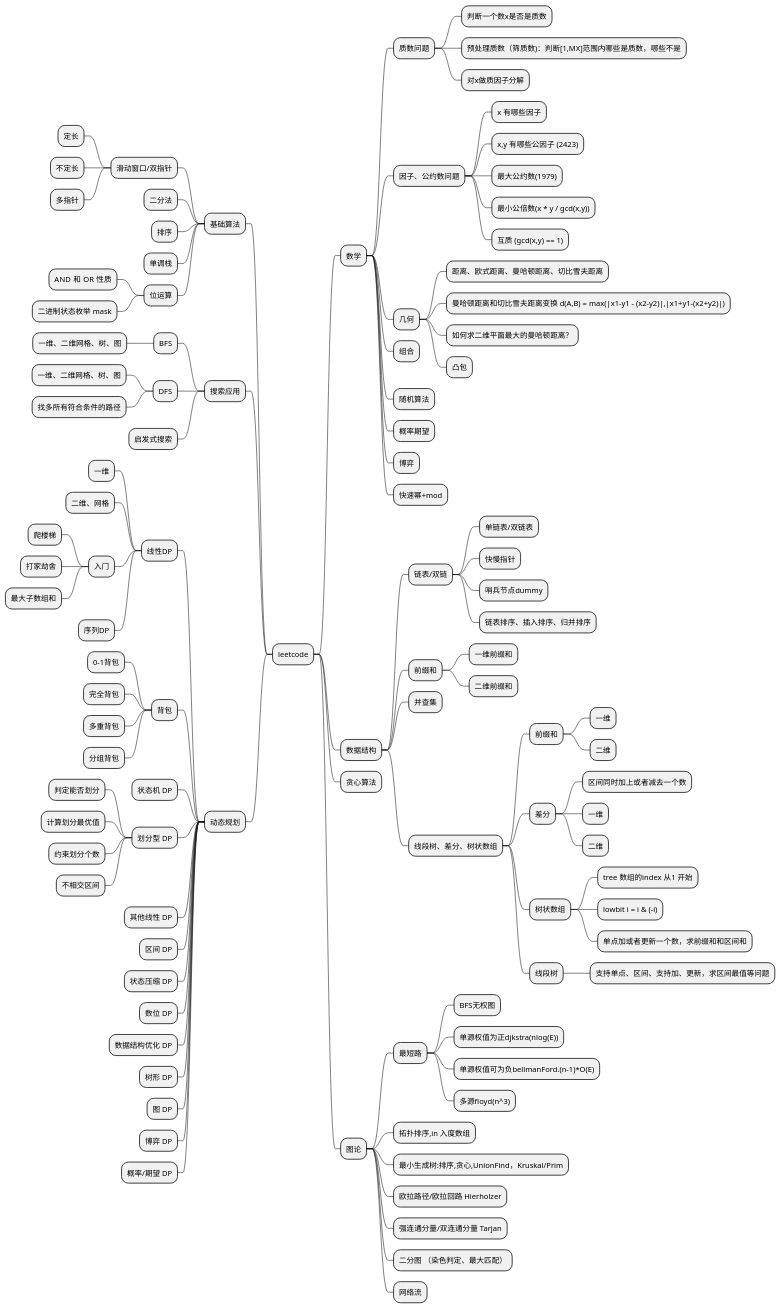
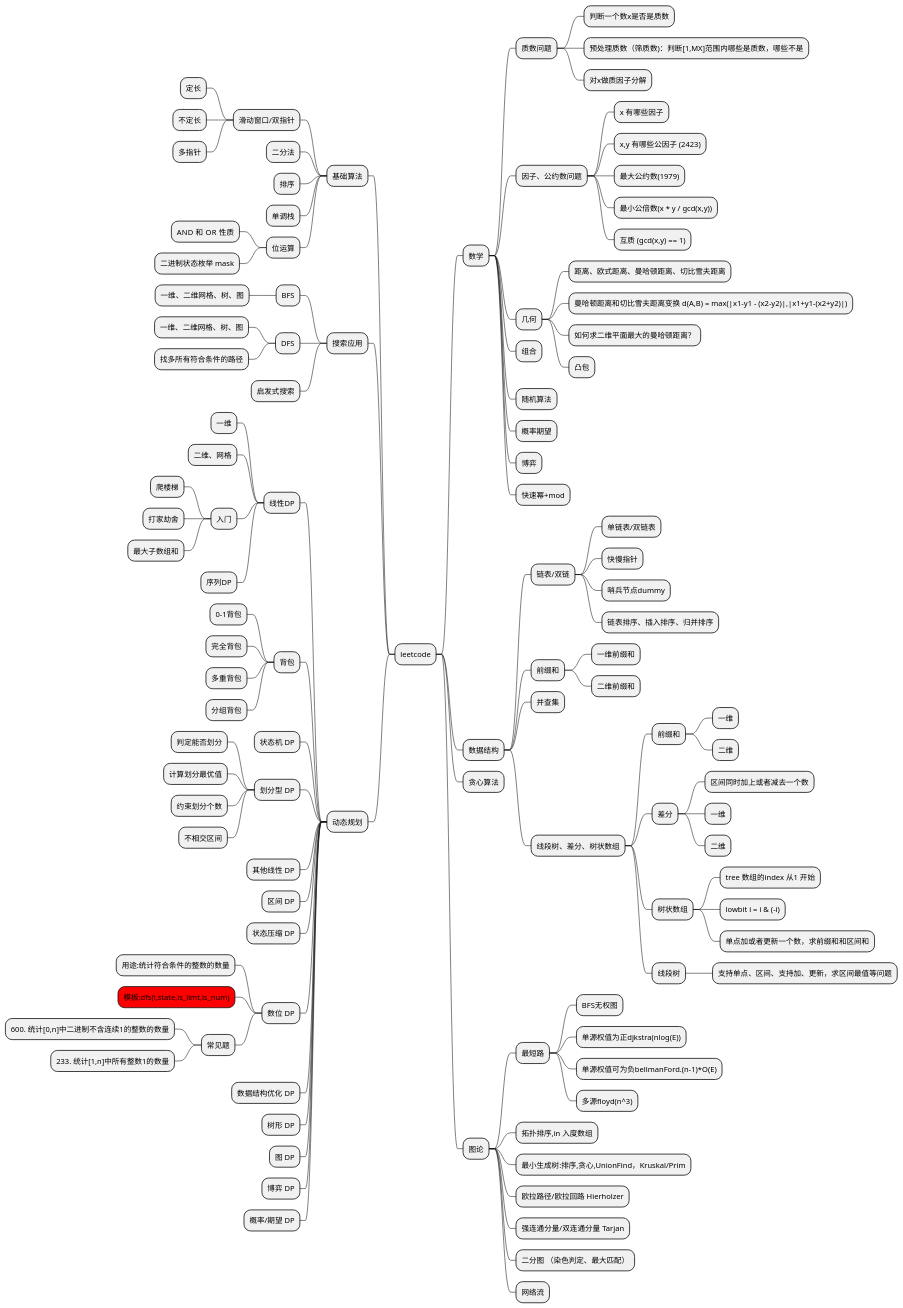
The diagram in mind.puml (wxquare/leetcode-primer), drawn with PlantUML before and after one commit. The commit also changed 2 other files, not shown here.

```diff
--- a/mind.puml
+++ b/mind.puml
@@ -1,135 +1,140 @@
 @startmindmap
 * leetcode
 ** 数学
 *** 质数问题
 **** 判断一个数x是否是质数
 **** 预处理质数（筛质数)：判断[1,MX]范围内哪些是质数，哪些不是
 **** 对x做质因子分解
 *** 因子、公约数问题
 **** x 有哪些因子
 **** x,y 有哪些公因子 (2423)
 **** 最大公约数(1979)
 **** 最小公倍数(x * y / gcd(x,y))
 **** 互质 (gcd(x,y) == 1)
 *** 几何
 **** 距离、欧式距离、曼哈顿距离、切比雪夫距离
 **** 曼哈顿距离和切比雪夫距离变换 d(A,B) = max(|x1-y1 - (x2-y2)|,|x1+y1-(x2+y2)|)
 **** 如何求二维平面最大的曼哈顿距离？
 **** 凸包
 *** 组合
 *** 随机算法
 *** 概率期望
 *** 博弈
 *** 快速幂+mod
 
 
 ** 数据结构
 *** 链表/双链
 **** 单链表/双链表
 **** 快慢指针
 **** 哨兵节点dummy
 **** 链表排序、插入排序、归并排序
 
 *** 前缀和
 **** 一维前缀和
 **** 二维前缀和
 
 *** 并查集
 
 *** 线段树、差分、树状数组
 **** 前缀和
 ***** 一维
 ***** 二维
 **** 差分
 ***** 区间同时加上或者减去一个数
 ***** 一维
 ***** 二维
 **** 树状数组
 ***** tree 数组的index 从1 开始
 ***** lowbit i = i & (-i)
 ***** 单点加或者更新一个数，求前缀和和区间和
 **** 线段树
 ***** 支持单点、区间、支持加、更新，求区间最值等问题
 
 
 
 
 
 ** 贪心算法
 
 ** 图论
 *** 最短路
 **** BFS无权图
 **** 单源权值为正djkstra(nlog(E))
 **** 单源权值可为负bellmanFord.(n-1)*O(E)
 **** 多源floyd(n^3)
 
 *** 拓扑排序,in 入度数组
 
 *** 最小生成树:排序,贪心,UnionFind，Kruskal/Prim
 
 *** 欧拉路径/欧拉回路 Hierholzer
 
 *** 强连通分量/双连通分量 Tarjan
 
 *** 二分图 （染色判定、最大匹配）
 
 *** 网络流
 
 
 left side
 
 ** 基础算法
 
 *** 滑动窗口/双指针
 **** 定长
 **** 不定长
 **** 多指针
 *** 二分法
 *** 排序
 *** 单调栈
 *** 位运算
 **** AND 和 OR  性质
 **** 二进制状态枚举 mask
 
 ** 搜索应用
 *** BFS
 **** 一维、二维网格、树、图
 *** DFS
 **** 一维、二维网格、树、图
 **** 找多所有符合条件的路径
 *** 启发式搜索
 
 ** 动态规划
 *** 线性DP
 **** 一维
 **** 二维、网格
 **** 入门
 ***** 爬楼梯
 ***** 打家劫舍
 ***** 最大子数组和
 **** 序列DP
 
 *** 背包
 **** 0-1背包
 **** 完全背包
 **** 多重背包
 **** 分组背包
 
 *** 状态机 DP
 *** 划分型 DP
 **** 判定能否划分
 **** 计算划分最优值
 **** 约束划分个数
 **** 不相交区间
 *** 其他线性 DP
 *** 区间 DP
 *** 状态压缩 DP
 *** 数位 DP
+**** 用途:统计符合条件的整数的数量
+****[#Red] 模板:dfs(i,state,is_limt,is_num)
+**** 常见题
+***** 600. 统计[0,n]中二进制不含连续1的整数的数量
+***** 233. 统计[1,n]中所有整数1的数量
 *** 数据结构优化 DP
 *** 树形 DP
 *** 图 DP
 *** 博弈 DP
 *** 概率/期望 DP
 
 @endmindmap
```
